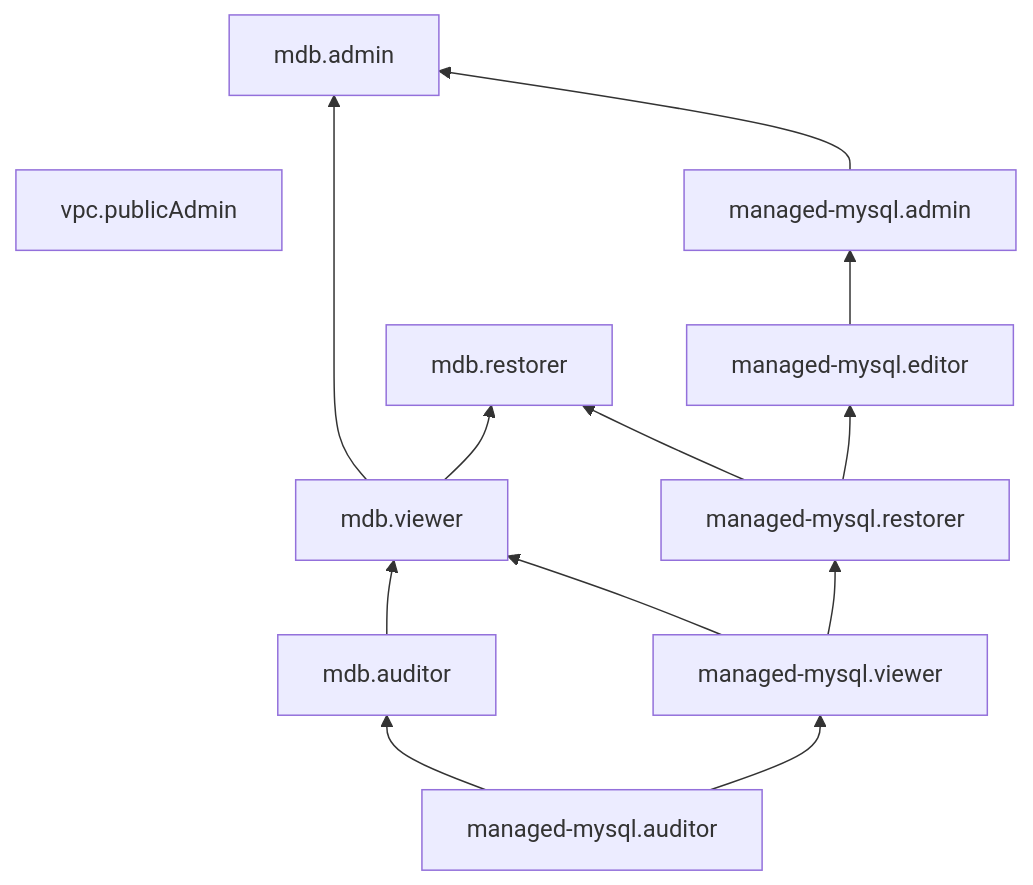
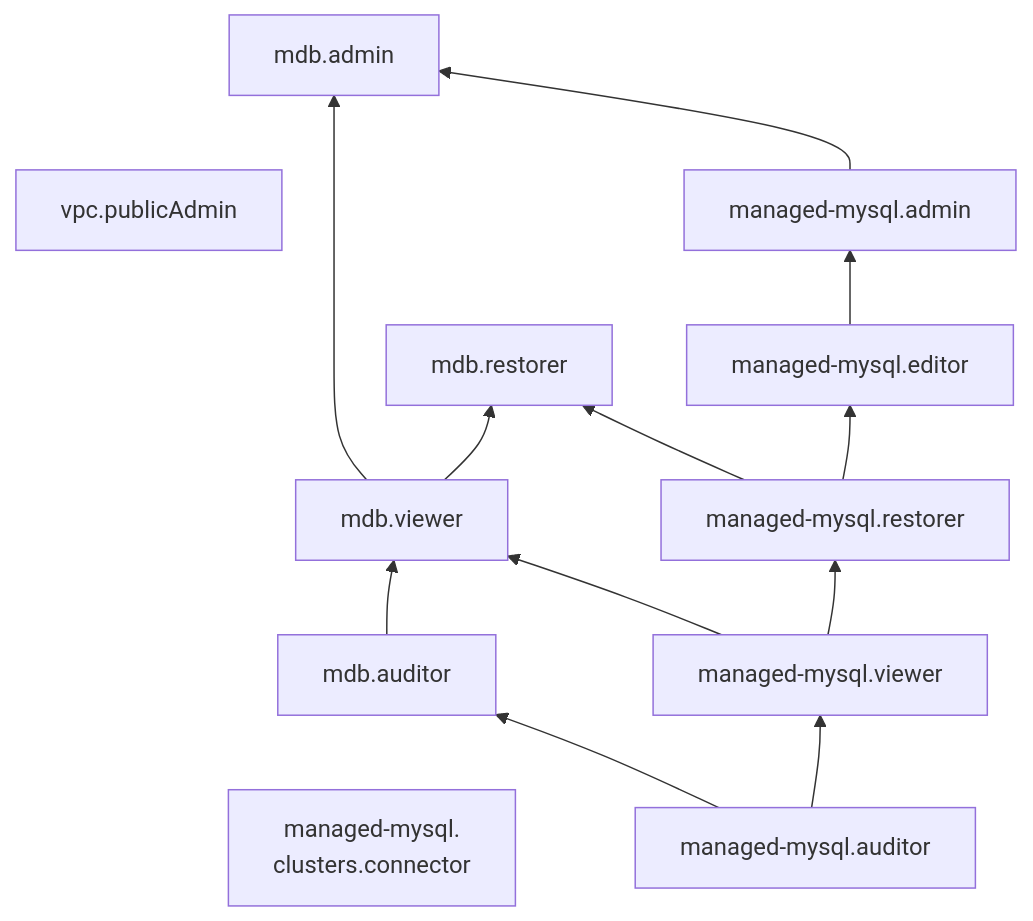
The diagram in ru/_mermaid/roles/managed-mysql.md (yandex-cloud/docs), drawn with Mermaid before and after one commit. The commit also changed 3721 other files, not shown here.

````diff
--- a/ru/_mermaid/roles/managed-mysql.md
+++ b/ru/_mermaid/roles/managed-mysql.md
@@ -1,15 +1,17 @@
 ```mermaid
 flowchart BT
-    vpc.publicAdmin ~~~ mdb.admin    
+    managed-mysql.clusters.connector["`managed-mysql.
+    clusters.connector`"] ~~~ mdb.auditor 
+    vpc.publicAdmin ~~~ mdb.admin 
     mdb.viewer --> mdb.admin    
     mdb.auditor --> mdb.viewer
     mdb.viewer --> mdb.restorer
     managed-mysql.auditor --> mdb.auditor
     managed-mysql.viewer --> mdb.viewer
     managed-mysql.restorer --> mdb.restorer
     managed-mysql.admin --> mdb.admin
     managed-mysql.auditor --> managed-mysql.viewer
     managed-mysql.viewer --> managed-mysql.restorer
     managed-mysql.editor --> managed-mysql.admin
     managed-mysql.restorer --> managed-mysql.editor
 ```
````
